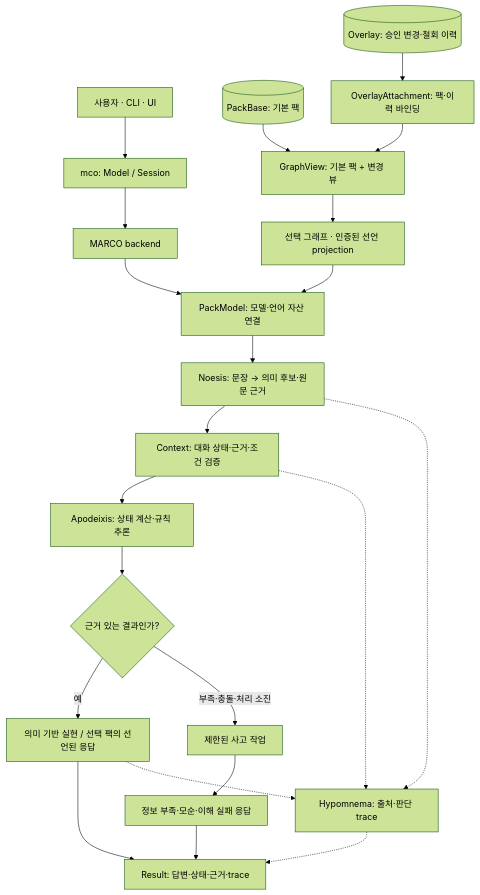
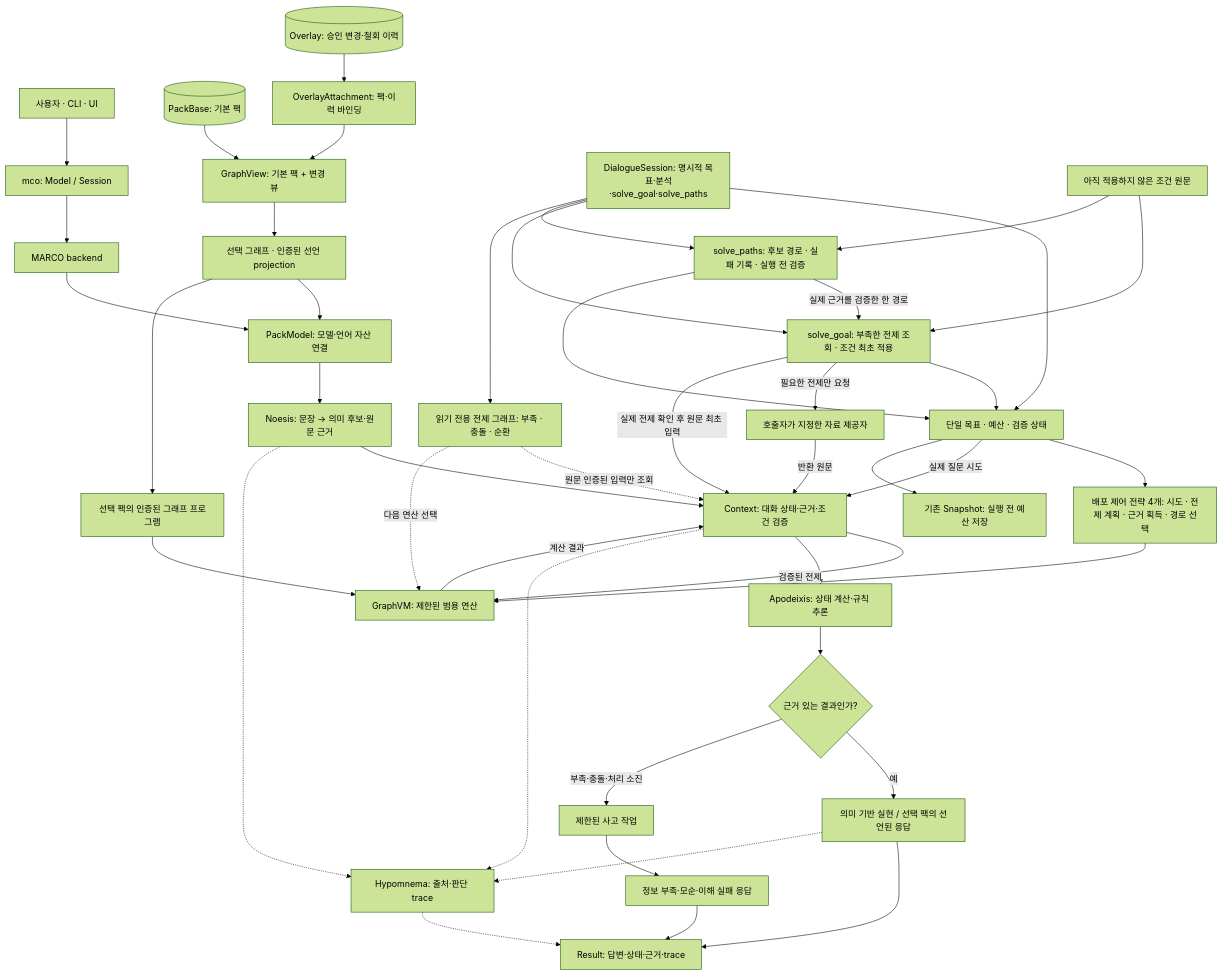
Before and after one commit to DoTaeIn/Marco: the first of 3 diagrams in README.md, drawn with Mermaid (forest theme). The commit also changed other lines of this file and 22 other files, not shown here.

Commit message:
Add graph-controlled learning and bounded reasoning paths

````diff
--- a/README.md
+++ b/README.md
@@ -11,27 +41,50 @@
 ```mermaid
 flowchart TD
     UI["사용자 · CLI · UI"] --> API["mco: Model / Session"]
     API --> Backend["MARCO backend"]
     Backend --> PM["PackModel: 모델·언어 자산 연결"]
 
     Base[("PackBase: 기본 팩")] --> View["GraphView: 기본 팩 + 변경 뷰"]
     Attachment["OverlayAttachment: 팩·이력 바인딩"] --> View
     Overlay[("Overlay: 승인 변경·철회 이력")] --> Attachment
     View --> Selected["선택 그래프 · 인증된 선언 projection"]
     Selected --> PM
+    Selected --> Program["선택 팩의 인증된 그래프 프로그램"]
+    Program --> VM["GraphVM: 제한된 범용 연산"]
+    Context -->|검증된 전제| VM
+    VM -->|계산 결과| Context
+
+    ExplicitAPI["DialogueSession: 명시적 목표·분석·solve_goal·solve_paths"] --> GoalWork["단일 목표 · 예산 · 검증 상태"]
+    GoalWork --> CodePrograms["배포 제어 전략 4개: 시도 · 전제 계획 · 근거 획득 · 경로 선택"]
+    CodePrograms --> VM
+    GoalWork -->|실제 질문 시도| Context
+    Directives["아직 적용하지 않은 조건 원문"] --> Solve["solve_goal: 부족한 전제 조회 · 조건 최초 적용"]
+    ExplicitAPI --> Solve
+    ExplicitAPI --> Paths["solve_paths: 후보 경로 · 실패 기록 · 실행 전 검증"]
+    Directives --> Paths
+    Paths -->|실제 근거를 검증한 한 경로| Solve
+    Paths --> GoalWork
+    Solve --> GoalWork
+    Solve -->|필요한 전제만 요청| Provider["호출자가 지정한 자료 제공자"]
+    Provider -->|반환 원문| Context
+    Solve -->|실제 전제 확인 후 원문 최초 입력| Context
+    GoalWork --> GoalSnapshot["기존 Snapshot: 실행 전 예산 저장"]
+    ExplicitAPI --> ReadPlan["읽기 전용 전제 그래프: 부족 · 충돌 · 순환"]
+    ReadPlan -.->|원문 인증된 입력만 조회| Context
+    ReadPlan -.->|다음 연산 선택| VM
 
     PM --> Read["Noesis: 문장 → 의미 후보·원문 근거"]
     Read --> Context["Context: 대화 상태·근거·조건 검증"]
     Context --> Reason["Apodeixis: 상태 계산·규칙 추론"]
     Reason --> Decision{"근거 있는 결과인가?"}
     Decision -->|예| Reply["의미 기반 실현 / 선택 팩의 선언된 응답"]
     Reply --> Result["Result: 답변·상태·근거·trace"]
     Decision -->|부족·충돌·처리 소진| Work["제한된 사고 작업"]
     Work --> Hold["정보 부족·모순·이해 실패 응답"]
     Hold --> Result
 
     Read -.-> Trace["Hypomnema: 출처·판단 trace"]
     Context -.-> Trace
     Reply -.-> Trace
     Trace -.-> Result
 ```
````
